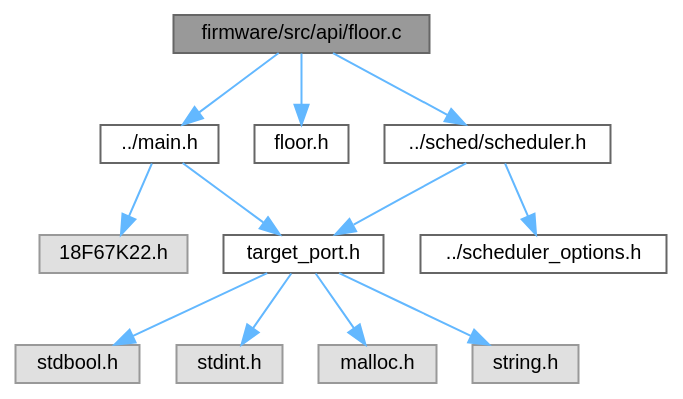
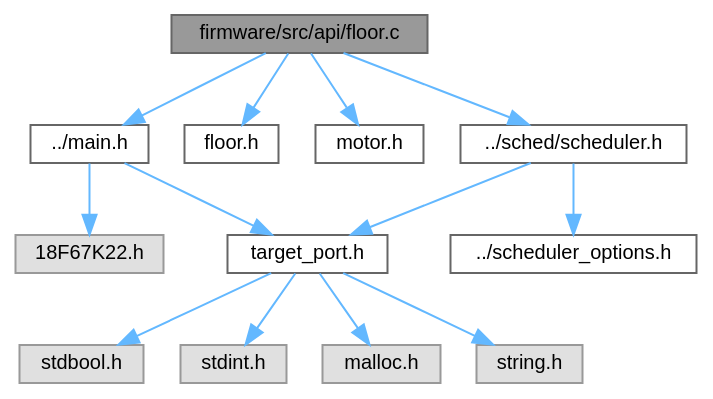
Before and after one commit to Ghaadyy/elevator-controller: the diagram in dev/floor_8c__incl.dot, drawn with Graphviz. The commit also changed 228 other files, not shown here.

```diff
--- a/dev/floor_8c__incl.dot
+++ b/dev/floor_8c__incl.dot
@@ -1,29 +1,31 @@
 digraph "firmware/src/api/floor.c"
 {
  // LATEX_PDF_SIZE
   bgcolor="transparent";
   edge [fontname=Helvetica,fontsize=10,labelfontname=Helvetica,labelfontsize=10];
   node [fontname=Helvetica,fontsize=10,shape=box,height=0.2,width=0.4];
   Node1 [id="Node000001",label="firmware/src/api/floor.c",height=0.2,width=0.4,color="gray40", fillcolor="grey60", style="filled", fontcolor="black",tooltip="Implementation of the floor monitor API."];
   Node1 -> Node2 [id="edge1_Node000001_Node000002",color="steelblue1",style="solid",tooltip=" "];
   Node2 [id="Node000002",label="../main.h",height=0.2,width=0.4,color="grey40", fillcolor="white", style="filled",URL="$main_8h.html",tooltip=" "];
   Node2 -> Node3 [id="edge2_Node000002_Node000003",color="steelblue1",style="solid",tooltip=" "];
   Node3 [id="Node000003",label="18F67K22.h",height=0.2,width=0.4,color="grey60", fillcolor="#E0E0E0", style="filled",tooltip=" "];
   Node2 -> Node4 [id="edge3_Node000002_Node000004",color="steelblue1",style="solid",tooltip=" "];
   Node4 [id="Node000004",label="target_port.h",height=0.2,width=0.4,color="grey40", fillcolor="white", style="filled",URL="$target__port_8h.html",tooltip=" "];
   Node4 -> Node5 [id="edge4_Node000004_Node000005",color="steelblue1",style="solid",tooltip=" "];
   Node5 [id="Node000005",label="stdbool.h",height=0.2,width=0.4,color="grey60", fillcolor="#E0E0E0", style="filled",tooltip=" "];
   Node4 -> Node6 [id="edge5_Node000004_Node000006",color="steelblue1",style="solid",tooltip=" "];
   Node6 [id="Node000006",label="stdint.h",height=0.2,width=0.4,color="grey60", fillcolor="#E0E0E0", style="filled",tooltip=" "];
   Node4 -> Node7 [id="edge6_Node000004_Node000007",color="steelblue1",style="solid",tooltip=" "];
   Node7 [id="Node000007",label="malloc.h",height=0.2,width=0.4,color="grey60", fillcolor="#E0E0E0", style="filled",tooltip=" "];
   Node4 -> Node8 [id="edge7_Node000004_Node000008",color="steelblue1",style="solid",tooltip=" "];
   Node8 [id="Node000008",label="string.h",height=0.2,width=0.4,color="grey60", fillcolor="#E0E0E0", style="filled",tooltip=" "];
   Node1 -> Node9 [id="edge8_Node000001_Node000009",color="steelblue1",style="solid",tooltip=" "];
   Node9 [id="Node000009",label="floor.h",height=0.2,width=0.4,color="grey40", fillcolor="white", style="filled",URL="$floor_8h.html",tooltip="The API to access the elevator's floor state."];
   Node1 -> Node10 [id="edge9_Node000001_Node000010",color="steelblue1",style="solid",tooltip=" "];
-  Node10 [id="Node000010",label="../sched/scheduler.h",height=0.2,width=0.4,color="grey40", fillcolor="white", style="filled",URL="$scheduler_8h.html",tooltip=" "];
-  Node10 -> Node11 [id="edge10_Node000010_Node000011",color="steelblue1",style="solid",tooltip=" "];
-  Node11 [id="Node000011",label="../scheduler_options.h",height=0.2,width=0.4,color="grey40", fillcolor="white", style="filled",URL="$scheduler__options_8h.html",tooltip=" "];
-  Node10 -> Node4 [id="edge11_Node000010_Node000004",color="steelblue1",style="solid",tooltip=" "];
+  Node10 [id="Node000010",label="motor.h",height=0.2,width=0.4,color="grey40", fillcolor="white", style="filled",URL="$motor_8h.html",tooltip=" "];
+  Node1 -> Node11 [id="edge10_Node000001_Node000011",color="steelblue1",style="solid",tooltip=" "];
+  Node11 [id="Node000011",label="../sched/scheduler.h",height=0.2,width=0.4,color="grey40", fillcolor="white", style="filled",URL="$scheduler_8h.html",tooltip=" "];
+  Node11 -> Node12 [id="edge11_Node000011_Node000012",color="steelblue1",style="solid",tooltip=" "];
+  Node12 [id="Node000012",label="../scheduler_options.h",height=0.2,width=0.4,color="grey40", fillcolor="white", style="filled",URL="$scheduler__options_8h.html",tooltip=" "];
+  Node11 -> Node4 [id="edge12_Node000011_Node000004",color="steelblue1",style="solid",tooltip=" "];
 }
```
